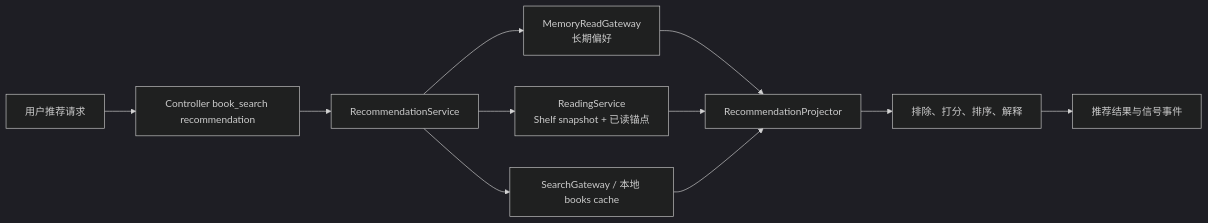
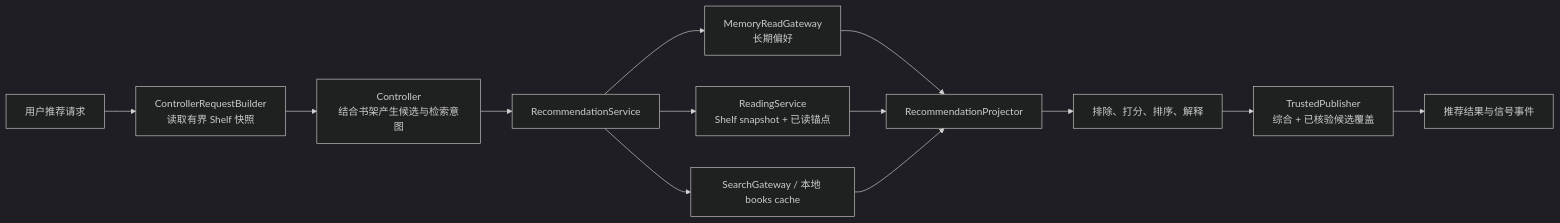
The fourth of 6 diagrams in docs/论文技术事实材料.md (vic-ice/AgentHub), drawn with Mermaid (dark theme) before and after one commit. The commit also changed other lines of this file and 4 other files, not shown here.

```diff
--- a/docs/论文技术事实材料.md
+++ b/docs/论文技术事实材料.md
@@ -333,13 +341,15 @@
 ~~~mermaid
 flowchart LR
-    Q["用户推荐请求"] --> C["Controller book_search recommendation"]
+    Q["用户推荐请求"] --> B["ControllerRequestBuilder<br/>读取有界 Shelf 快照"]
+    B --> C["Controller<br/>结合书架产生候选与检索意图"]
     C --> R["RecommendationService"]
     R --> M["MemoryReadGateway<br/>长期偏好"]
     R --> S["ReadingService<br/>Shelf snapshot + 已读锚点"]
     R --> G["SearchGateway / 本地 books cache"]
     M --> P["RecommendationProjector"]
     S --> P
     G --> P
     P --> F["排除、打分、排序、解释"]
-    F --> O["推荐结果与信号事件"]
+    F --> V["TrustedPublisher<br/>综合 + 已核验候选覆盖"]
+    V --> O["推荐结果与信号事件"]
 ~~~
```
